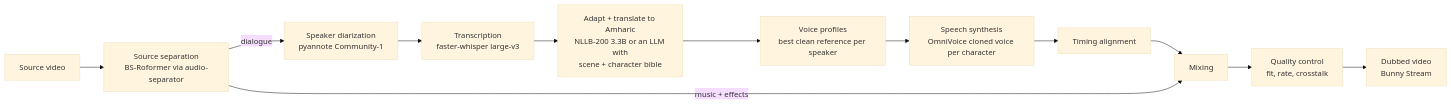
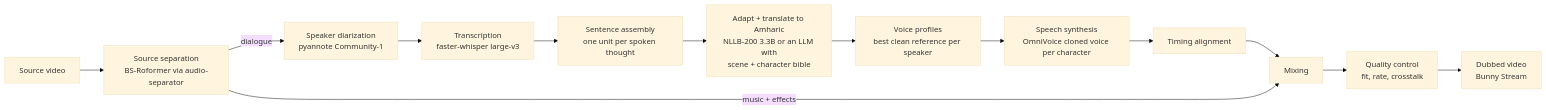
One commit to ababuu/amharic-dub changed the diagram in README.md. Above: the diagram before and after it, drawn with Mermaid (base theme). The commit also changed other lines of this file and 8 other files, not shown here.

````diff
--- a/README.md
+++ b/README.md
@@ -20,14 +20,15 @@
 ```mermaid
 flowchart LR
     V["Source video"] --> SEP["Source separation<br/>BS-Roformer via audio-separator"]
     SEP -->|dialogue| DIA["Speaker diarization<br/>pyannote Community-1"]
     DIA --> ASR["Transcription<br/>faster-whisper large-v3"]
-    ASR --> TR["Adapt + translate to Amharic<br/>NLLB-200 3.3B or an LLM with<br/>scene + character bible"]
+    ASR --> SEN["Sentence assembly<br/>one unit per spoken thought"]
+    SEN --> TR["Adapt + translate to Amharic<br/>NLLB-200 3.3B or an LLM with<br/>scene + character bible"]
     TR --> VP["Voice profiles<br/>best clean reference per speaker"]
     VP --> TTS["Speech synthesis<br/>OmniVoice cloned voice per character"]
     TTS --> TIM["Timing alignment"]
     TIM --> MIX["Mixing"]
     SEP -->|music + effects| MIX
     MIX --> QC["Quality control<br/>fit, rate, crosstalk"]
     QC --> OUT["Dubbed video<br/>Bunny Stream"]
 ```
````
